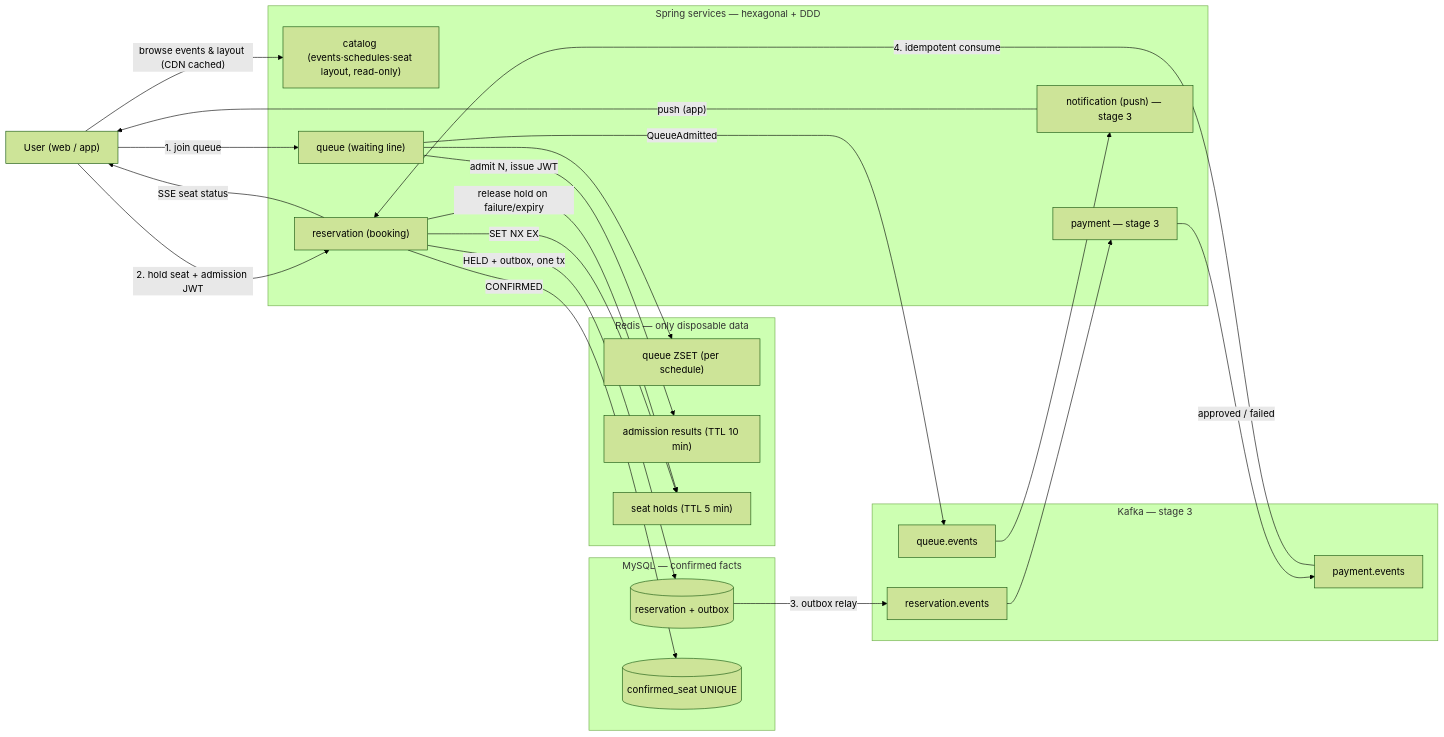
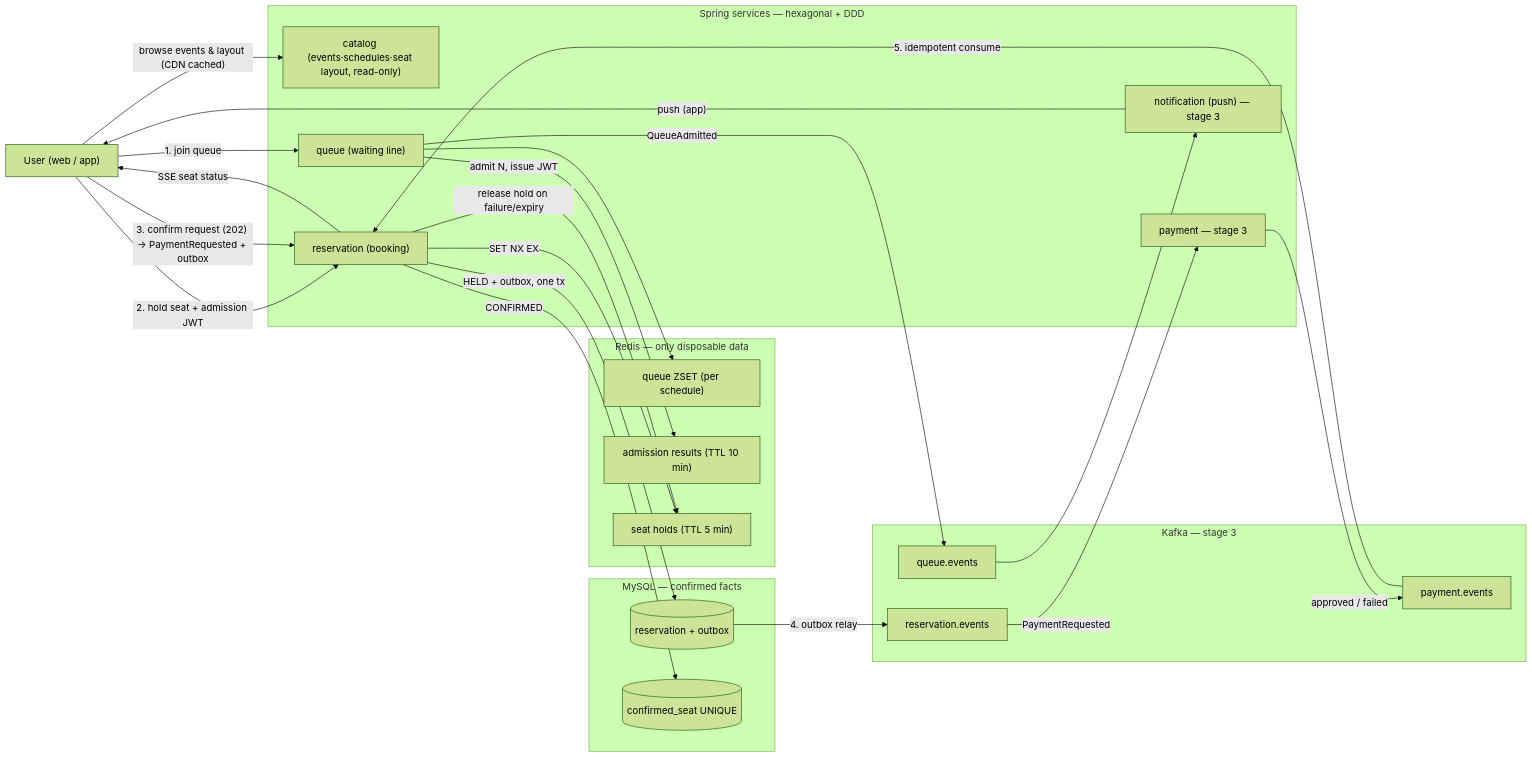
One commit to YongjaeKwon/ticket-rush changed the first of 2 diagrams in docs/ARCHITECTURE.en.md. Above: the diagram before and after it, drawn with Mermaid (forest theme). The commit also changed other lines of this file and 3 other files, not shown here.

First line of the commit message:
docs: ADR 0008 — 결제 트리거는 확정 요청이 발행하는 PaymentRequested

````diff
--- a/docs/ARCHITECTURE.en.md
+++ b/docs/ARCHITECTURE.en.md
@@ -63,47 +63,48 @@
 ```mermaid
 flowchart LR
   U["User (web / app)"]
 
   subgraph svc["Spring services — hexagonal + DDD"]
     C["catalog (events·schedules·seat layout, read-only)"]
     Q["queue (waiting line)"]
     R["reservation (booking)"]
     P["payment — stage 3"]
     N["notification (push) — stage 3"]
   end
 
   subgraph redis["Redis — only disposable data"]
     R1["queue ZSET (per schedule)"]
     R2["admission results (TTL 10 min)"]
     R3["seat holds (TTL 5 min)"]
   end
 
   subgraph db["MySQL — confirmed facts"]
     D1[("reservation + outbox")]
     D2[("confirmed_seat UNIQUE")]
   end
 
   subgraph kafka["Kafka — stage 3"]
     K1["reservation.events"]
     K2["payment.events"]
     K3["queue.events"]
   end
 
   U -->|"browse events & layout (CDN cached)"| C
   U -->|"1. join queue"| Q
   Q --> R1
   Q -->|"admit N, issue JWT"| R2
   Q -->|"QueueAdmitted"| K3
   K3 --> N
   N -->|"push (app)"| U
   U -->|"2. hold seat + admission JWT"| R
   R -->|"SET NX EX"| R3
   R -->|"HELD + outbox, one tx"| D1
-  D1 -->|"3. outbox relay"| K1
-  K1 --> P
+  U -->|"3. confirm request (202) → PaymentRequested + outbox"| R
+  D1 -->|"4. outbox relay"| K1
+  K1 -->|"PaymentRequested"| P
   P -->|"approved / failed"| K2
-  K2 -->|"4. idempotent consume"| R
+  K2 -->|"5. idempotent consume"| R
   R -->|"CONFIRMED"| D2
   R -->|"release hold on failure/expiry"| R3
   R -->|"SSE seat status"| U
 ```
````
